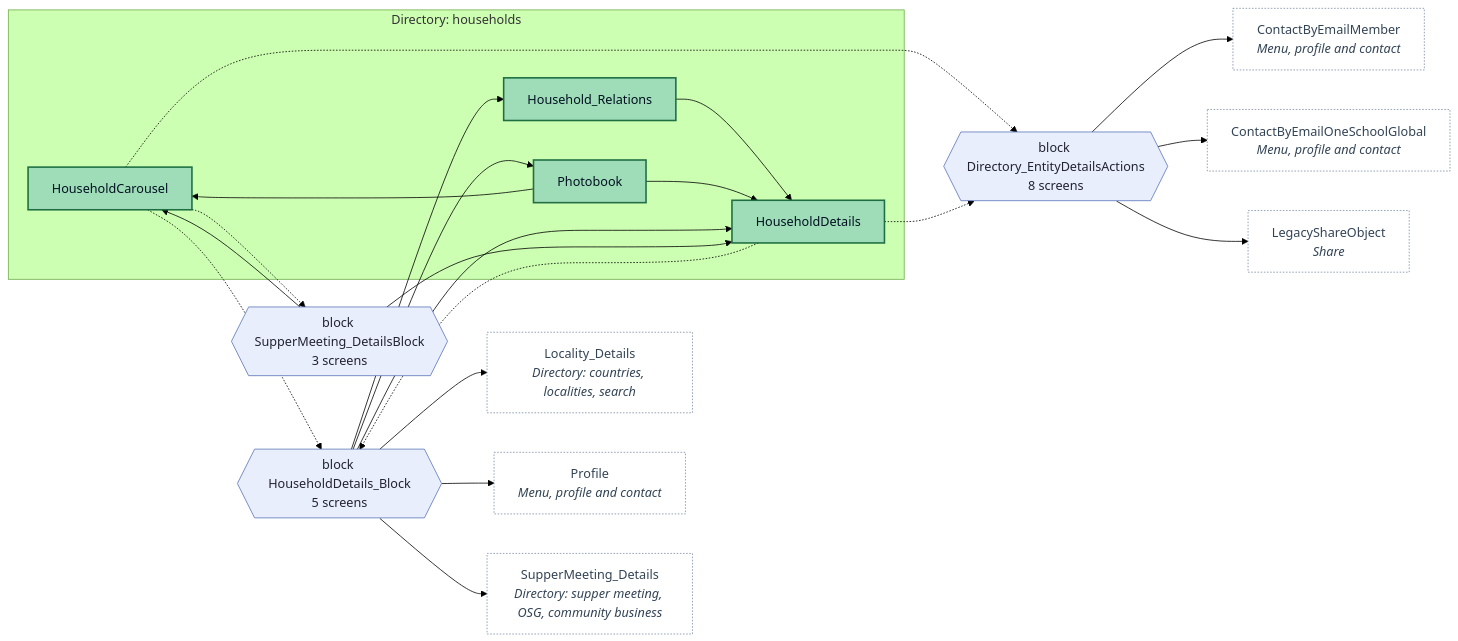
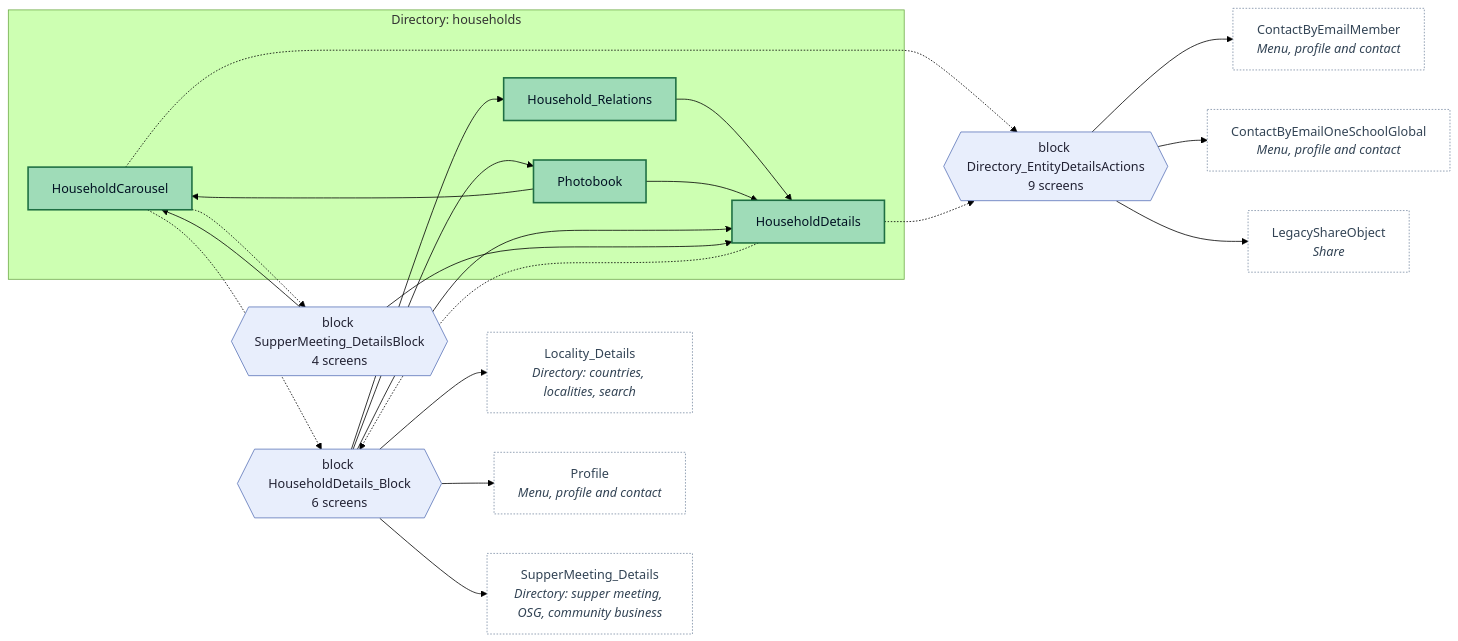
Before and after one commit to Phoenix-DX/connect-new-ui: the sixth of 14 diagrams in migration/sitemap.md, drawn with Mermaid (forest theme). The commit also changed other lines of this file and 15 other files, not shown here.

````diff
--- a/migration/sitemap.md
+++ b/migration/sitemap.md
@@ -371,44 +400,44 @@
 ```mermaid
 flowchart LR
   classDef build fill:#9fdcb8,stroke:#1f6f43,color:#012,stroke-width:2px
   classDef skip fill:#cfcfcf,stroke:#555555,color:#333,stroke-width:2px
   classDef pbuild fill:#e3f5ea,stroke:#2e8b57,color:#123,stroke-dasharray:4 3
   classDef decide fill:#fff1c9,stroke:#c99700,color:#321,stroke-dasharray:4 3
   classDef pskip fill:#f2f2f2,stroke:#999999,color:#666,stroke-dasharray:4 3
   classDef ext fill:#ffffff,stroke:#7a8ca3,color:#345,stroke-dasharray:2 2
   classDef hub fill:#e8eefc,stroke:#5b74b8,color:#223
   subgraph AREA["Directory: households"]
     HouseholdCarousel["HouseholdCarousel"]:::build
     HouseholdDetails["HouseholdDetails"]:::build
     Household_Relations["Household_Relations"]:::build
     Photobook["Photobook"]:::build
   end
   ContactByEmailMember["ContactByEmailMember<br/><i>Menu, profile and contact</i>"]:::ext
   ContactByEmailOneSchoolGlobal["ContactByEmailOneSchoolGlobal<br/><i>Menu, profile and contact</i>"]:::ext
   LegacyShareObject["LegacyShareObject<br/><i>Share</i>"]:::ext
   Locality_Details["Locality_Details<br/><i>Directory: countries, localities, search</i>"]:::ext
   Profile["Profile<br/><i>Menu, profile and contact</i>"]:::ext
   SupperMeeting_Details["SupperMeeting_Details<br/><i>Directory: supper meeting, OSG, community business</i>"]:::ext
-  H0{{"block Directory_EntityDetailsActions<br/>8 screens"}}:::hub
-  H1{{"block HouseholdDetails_Block<br/>5 screens"}}:::hub
-  H2{{"block SupperMeeting_DetailsBlock<br/>3 screens"}}:::hub
+  H0{{"block Directory_EntityDetailsActions<br/>9 screens"}}:::hub
+  H1{{"block HouseholdDetails_Block<br/>6 screens"}}:::hub
+  H2{{"block SupperMeeting_DetailsBlock<br/>4 screens"}}:::hub
   HouseholdCarousel -.-> H0
   HouseholdCarousel -.-> H1
   HouseholdCarousel -.-> H2
   HouseholdDetails -.-> H0
   HouseholdDetails -.-> H1
   Household_Relations --> HouseholdDetails
   Photobook --> HouseholdCarousel
   Photobook --> HouseholdDetails
   H0 --> ContactByEmailMember
   H0 --> ContactByEmailOneSchoolGlobal
   H0 --> LegacyShareObject
   H1 --> HouseholdDetails
   H1 --> Household_Relations
   H1 --> Locality_Details
   H1 --> Photobook
   H1 --> Profile
   H1 --> SupperMeeting_Details
   H2 --> HouseholdCarousel
   H2 --> HouseholdDetails
 ```
````
